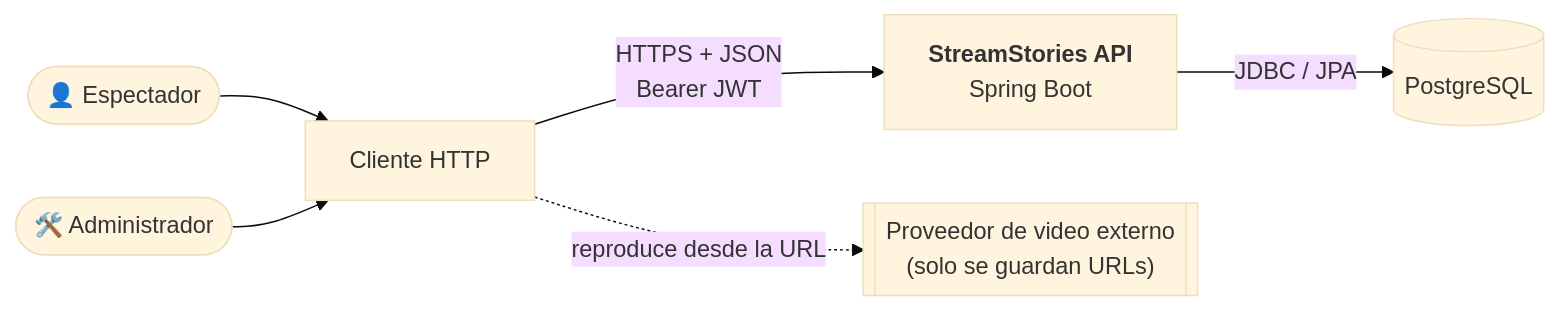
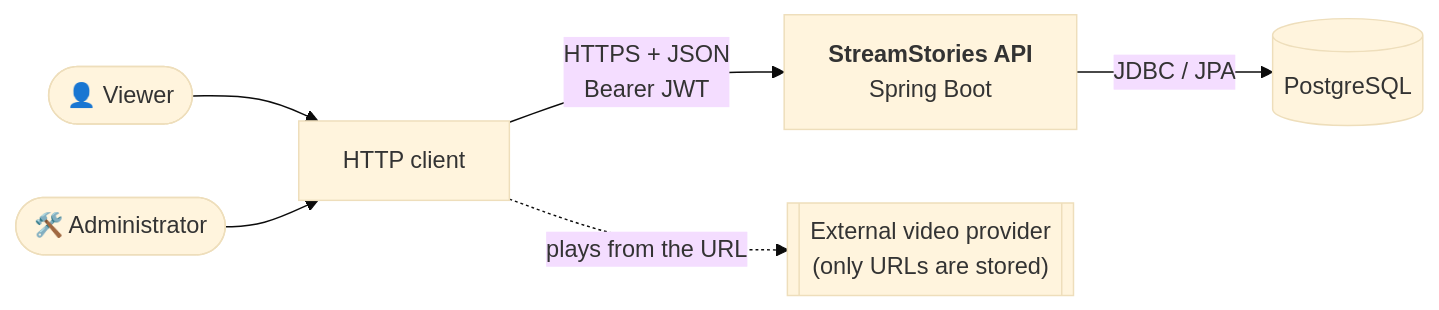
One commit to paulaciano/streamstories changed the first of 3 diagrams in docs/02-architecture.md. Above: the diagram before and after it, drawn with Mermaid (base theme). The commit also changed other lines of this file and 26 other files, not shown here.

````diff
--- a/docs/02-architecture.md
+++ b/docs/02-architecture.md
@@ -11,15 +11,15 @@
 ```mermaid
 flowchart LR
-    viewer([👤 Espectador])
-    admin([🛠️ Administrador])
-    client["Cliente HTTP"]
+    viewer([👤 Viewer])
+    admin([🛠️ Administrator])
+    client["HTTP client"]
     api["<b>StreamStories API</b><br/>Spring Boot"]
     db[("PostgreSQL")]
-    video[["Proveedor de video externo<br/>(solo se guardan URLs)"]]
+    video[["External video provider<br/>(only URLs are stored)"]]
 
     viewer --> client
     admin --> client
     client -- "HTTPS + JSON<br/>Bearer JWT" --> api
     api -- "JDBC / JPA" --> db
-    client -. "reproduce desde la URL" .-> video
+    client -. "plays from the URL" .-> video
 ```
````
